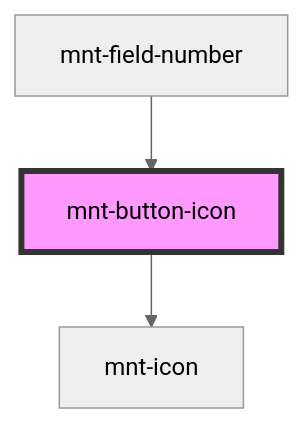
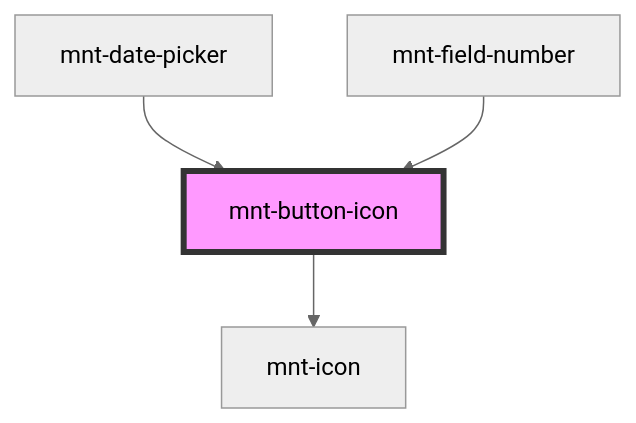
Before and after one commit to yooga-tecnologia/mantra: the diagram in src/components/button/readme.md, drawn with Mermaid (neutral theme). The commit also changed other lines of this file and 13 other files, not shown here.

````diff
--- a/src/components/button/readme.md
+++ b/src/components/button/readme.md
@@ -44,6 +45,7 @@
 ```mermaid
 graph TD;
   mnt-button-icon --> mnt-icon
+  mnt-date-picker --> mnt-button-icon
   mnt-field-number --> mnt-button-icon
   style mnt-button-icon fill:#f9f,stroke:#333,stroke-width:4px
 ```
````
